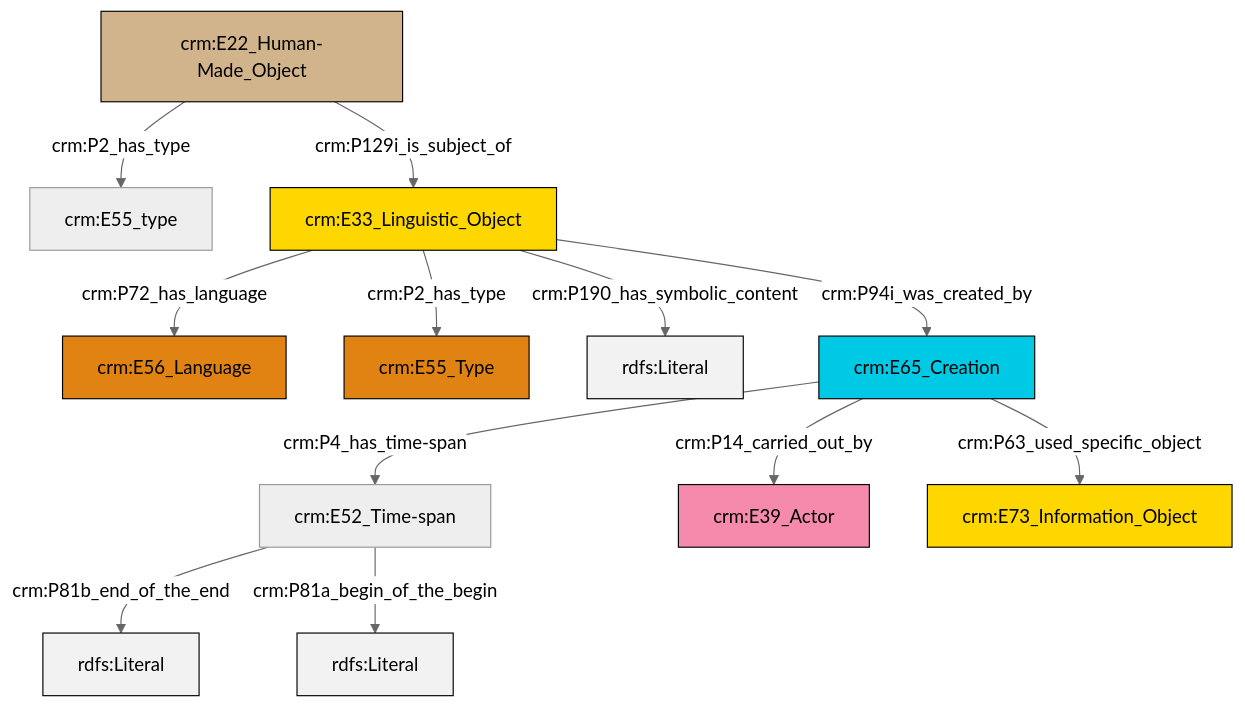
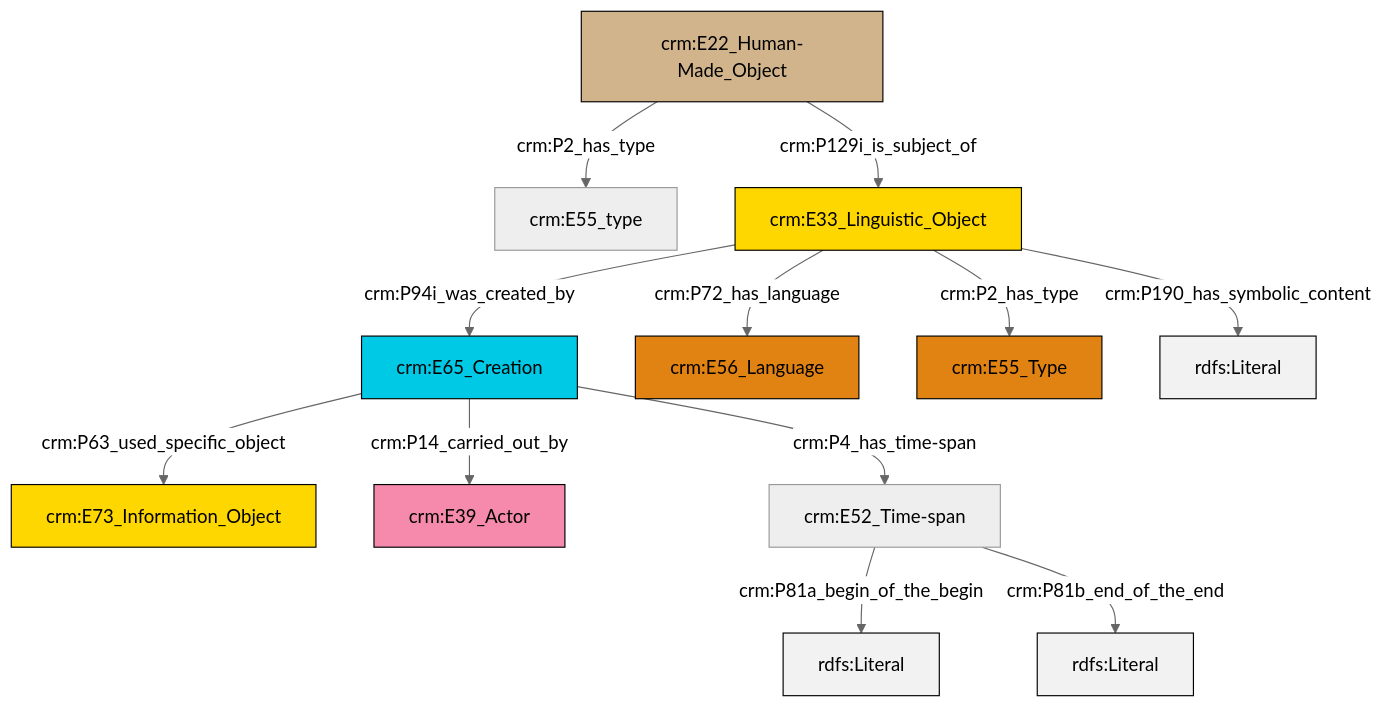
Before and after one commit to swiss-art-research-net/docs.swissartresearch: the diagram in et/artworkCSV/ttl/mmd/Artwork_Description.ttl.mmd, drawn with Mermaid (neutral theme). The commit also changed 176 other files, not shown here.

```diff
--- a/et/artworkCSV/ttl/mmd/Artwork_Description.ttl.mmd
+++ b/et/artworkCSV/ttl/mmd/Artwork_Description.ttl.mmd
@@ -1,26 +1,26 @@
 graph TD
 classDef Literal fill:#f2f2f2,stroke:#000000;
 classDef CRM_Entity fill:#FFFFFF,stroke:#000000;
 classDef Temporal_Entity fill:#00C9E6, stroke:#000000;
 classDef Type fill:#E18312, stroke:#000000;
 classDef Time-Span fill:#2C9C91, stroke:#000000;
 classDef Appellation fill:#FFEB7F, stroke:#000000;
 classDef Place fill:#008836, stroke:#000000;
 classDef Persistent_Item fill:#B266B2, stroke:#000000;
 classDef Conceptual_Object fill:#FFD700, stroke:#000000;
 classDef Physical_Thing fill:#D2B48C, stroke:#000000;
 classDef Actor fill:#f58aad, stroke:#000000;
 classDef PC_Classes fill:#4ce600, stroke:#000000;
 classDef Multi fill:#cccccc,stroke:#000000;
 
-0["crm:E22_Human-Made_Object"]:::Physical_Thing -->|crm:P2_has_type| 1["crm:E55_type"]:::Default
-2["crm:E33_Linguistic_Object"]:::Conceptual_Object -->|crm:P72_has_language| 3["crm:E56_Language"]:::Type
-0["crm:E22_Human-Made_Object"]:::Physical_Thing -->|crm:P129i_is_subject_of| 2["crm:E33_Linguistic_Object"]:::Conceptual_Object
-2["crm:E33_Linguistic_Object"]:::Conceptual_Object -->|crm:P190_has_symbolic_content| 8[rdfs:Literal]:::Literal
-2["crm:E33_Linguistic_Object"]:::Conceptual_Object -->|crm:P2_has_type| 6["crm:E55_Type"]:::Type
-9["crm:E65_Creation"]:::Temporal_Entity -->|crm:P14_carried_out_by| 11["crm:E39_Actor"]:::Actor
-4["crm:E52_Time-span"]:::Default -->|crm:P81b_end_of_the_end| 13[rdfs:Literal]:::Literal
-9["crm:E65_Creation"]:::Temporal_Entity -->|crm:P4_has_time-span| 4["crm:E52_Time-span"]:::Default
-2["crm:E33_Linguistic_Object"]:::Conceptual_Object -->|crm:P94i_was_created_by| 9["crm:E65_Creation"]:::Temporal_Entity
-9["crm:E65_Creation"]:::Temporal_Entity -->|crm:P63_used_specific_object| 16["crm:E73_Information_Object"]:::Conceptual_Object
-4["crm:E52_Time-span"]:::Default -->|crm:P81a_begin_of_the_begin| 19[rdfs:Literal]:::Literal
+2["crm:E22_Human-Made_Object"]:::Physical_Thing -->|crm:P2_has_type| 3["crm:E55_type"]:::Default
+2["crm:E22_Human-Made_Object"]:::Physical_Thing -->|crm:P129i_is_subject_of| 4["crm:E33_Linguistic_Object"]:::Conceptual_Object
+0["crm:E65_Creation"]:::Temporal_Entity -->|crm:P63_used_specific_object| 9["crm:E73_Information_Object"]:::Conceptual_Object
+0["crm:E65_Creation"]:::Temporal_Entity -->|crm:P14_carried_out_by| 10["crm:E39_Actor"]:::Actor
+4["crm:E33_Linguistic_Object"]:::Conceptual_Object -->|crm:P72_has_language| 6["crm:E56_Language"]:::Type
+4["crm:E33_Linguistic_Object"]:::Conceptual_Object -->|crm:P190_has_symbolic_content| 14[rdfs:Literal]:::Literal
+0["crm:E65_Creation"]:::Temporal_Entity -->|crm:P4_has_time-span| 15["crm:E52_Time-span"]:::Default
+15["crm:E52_Time-span"]:::Default -->|crm:P81a_begin_of_the_begin| 16[rdfs:Literal]:::Literal
+4["crm:E33_Linguistic_Object"]:::Conceptual_Object -->|crm:P94i_was_created_by| 0["crm:E65_Creation"]:::Temporal_Entity
+15["crm:E52_Time-span"]:::Default -->|crm:P81b_end_of_the_end| 18[rdfs:Literal]:::Literal
+4["crm:E33_Linguistic_Object"]:::Conceptual_Object -->|crm:P2_has_type| 12["crm:E55_Type"]:::Type
```
